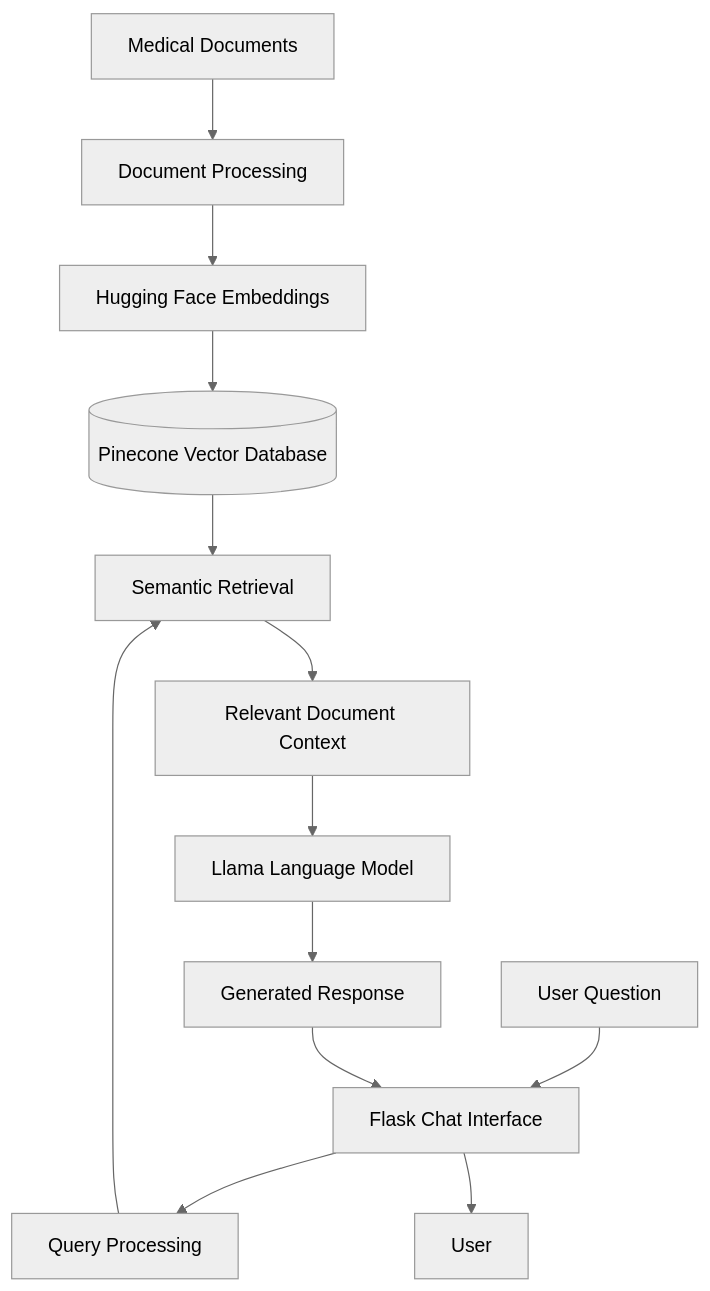
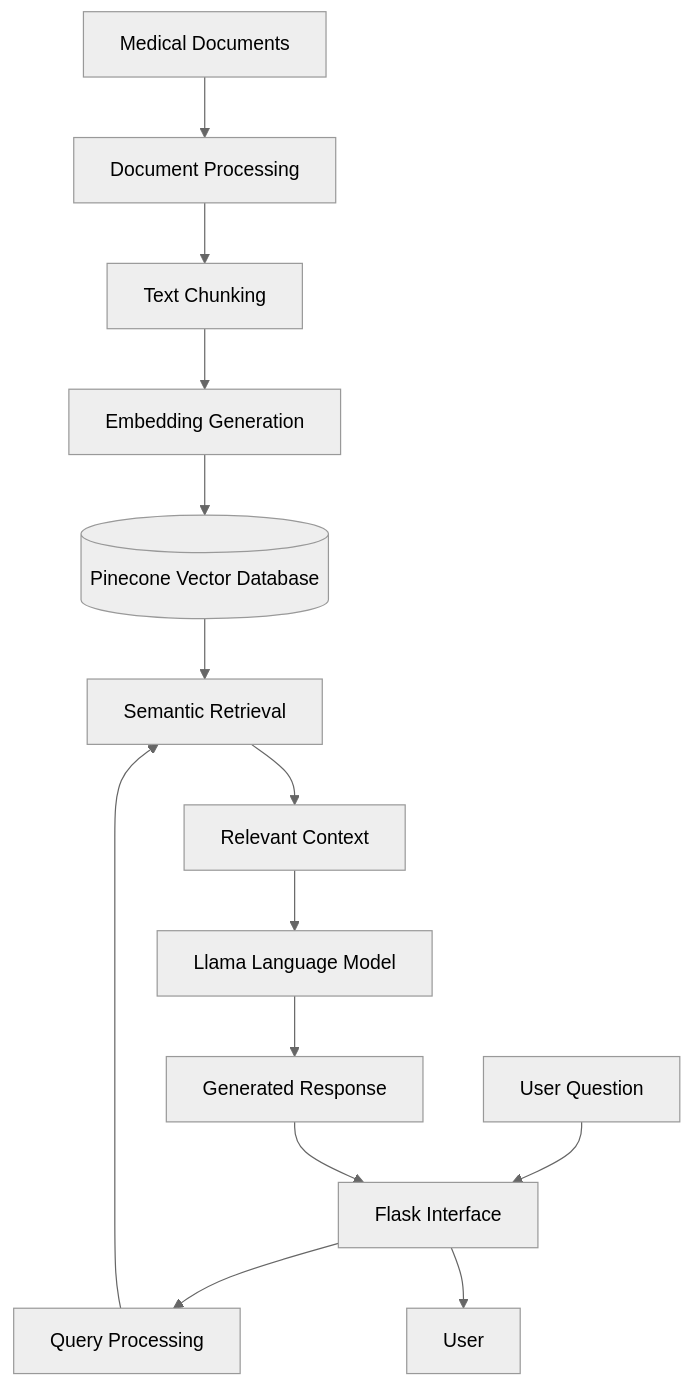
The diagram in README.md (MuhammadAnasAkhtar/Medical_Assistant), drawn with Mermaid (neutral theme) before and after one commit. The commit also changed other lines of this file, not shown here.

````diff
--- a/README.md
+++ b/README.md
@@ -38,17 +66,17 @@
 ```mermaid
 flowchart TD
     A[Medical Documents] --> B[Document Processing]
-    B --> C[Hugging Face Embeddings]
-    C --> D[(Pinecone Vector Database)]
+    B --> C[Text Chunking]
+    C --> D[Embedding Generation]
+    D --> E[(Pinecone Vector Database)]
 
-    E[User Question] --> F[Flask Chat Interface]
-    F --> G[Query Processing]
-    G --> H[Semantic Retrieval]
-    D --> H
-
-    H --> I[Relevant Document Context]
-    I --> J[Llama Language Model]
-    J --> K[Generated Response]
-    K --> F
-    F --> L[User]
+    F[User Question] --> G[Flask Interface]
+    G --> H[Query Processing]
+    H --> I[Semantic Retrieval]
+    E --> I
+    I --> J[Relevant Context]
+    J --> K[Llama Language Model]
+    K --> L[Generated Response]
+    L --> G
+    G --> M[User]
 ```
````
